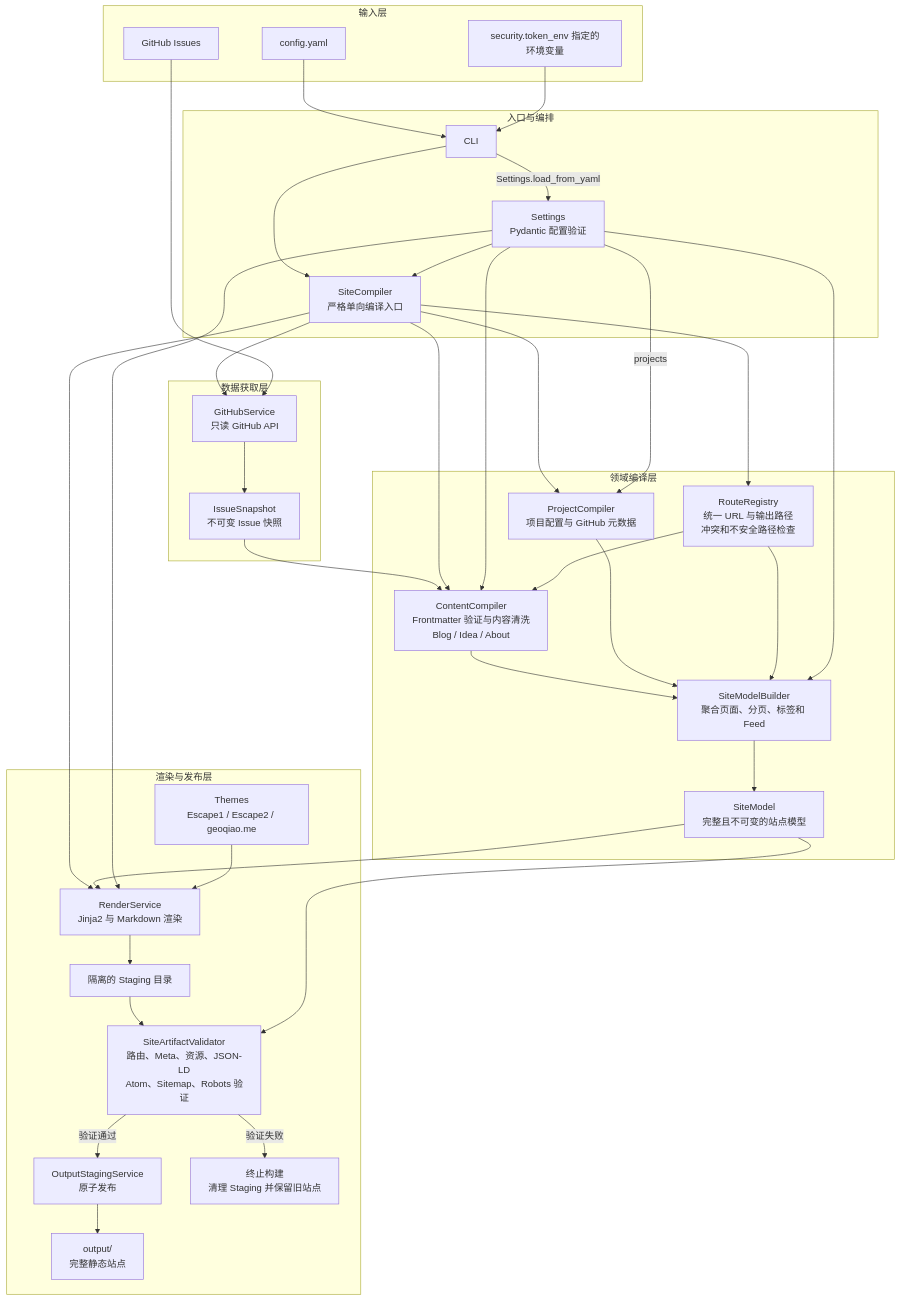
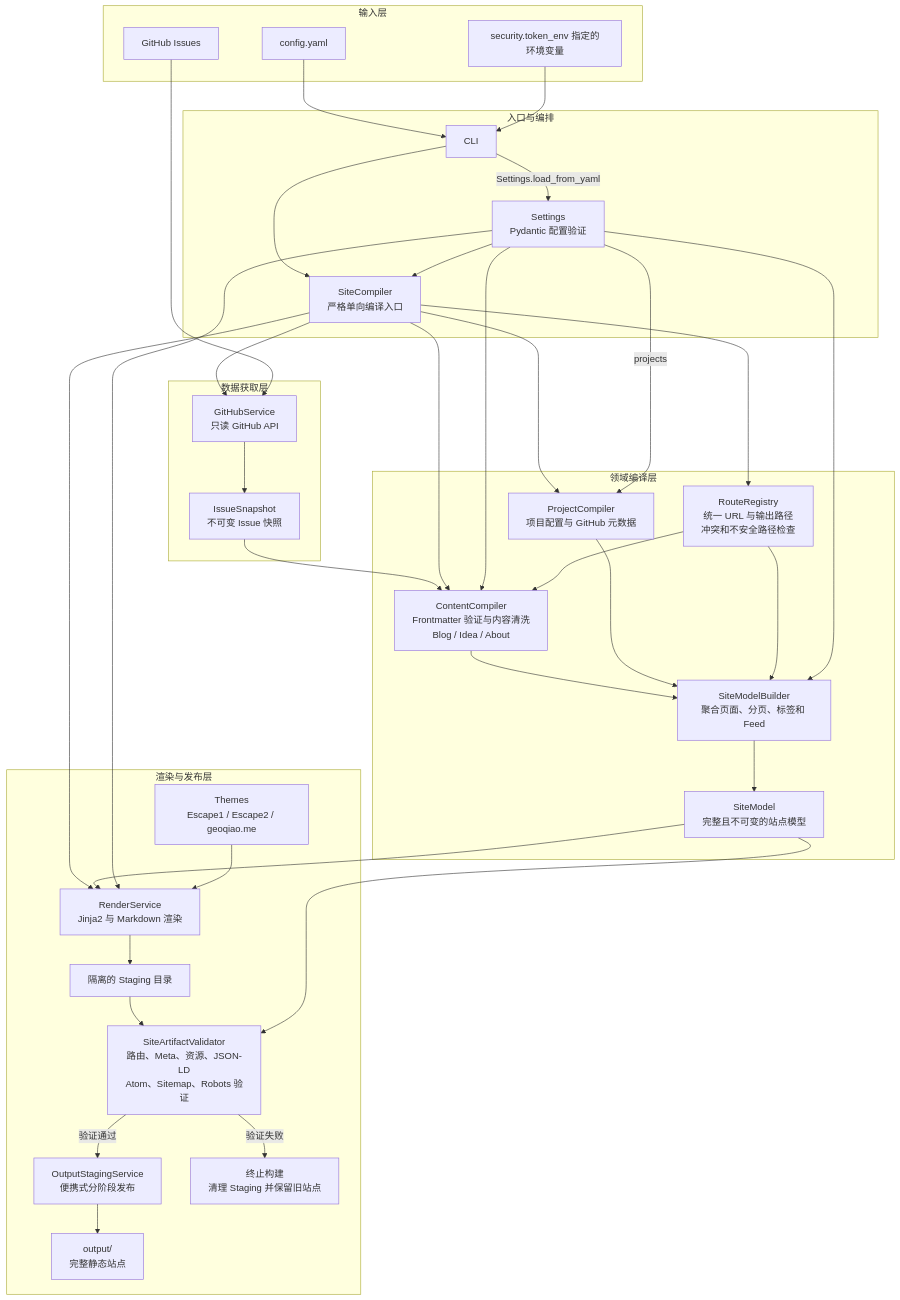
Before and after one commit to geoqiao/escaping: the first of 3 diagrams in docs/dual-repo-architecture.md, drawn with Mermaid. The commit also changed other lines of this file and 130 other files, not shown here.

````diff
--- a/docs/dual-repo-architecture.md
+++ b/docs/dual-repo-architecture.md
@@ -17,71 +17,71 @@
 ```mermaid
 flowchart TD
     subgraph Inputs["输入层"]
         Config["config.yaml"]
         Token["security.token_env 指定的环境变量"]
         Issues["GitHub Issues"]
     end
 
     subgraph Entry["入口与编排"]
         CLI["CLI"]
         Settings["Settings<br/>Pydantic 配置验证"]
         SiteCompiler["SiteCompiler<br/>严格单向编译入口"]
     end
 
     subgraph Acquisition["数据获取层"]
         GitHubService["GitHubService<br/>只读 GitHub API"]
         Snapshots["IssueSnapshot<br/>不可变 Issue 快照"]
     end
 
     subgraph Compilation["领域编译层"]
         ContentCompiler["ContentCompiler<br/>Frontmatter 验证与内容清洗<br/>Blog / Idea / About"]
         ProjectCompiler["ProjectCompiler<br/>项目配置与 GitHub 元数据"]
         RouteRegistry["RouteRegistry<br/>统一 URL 与输出路径<br/>冲突和不安全路径检查"]
         SiteModelBuilder["SiteModelBuilder<br/>聚合页面、分页、标签和 Feed"]
         SiteModel["SiteModel<br/>完整且不可变的站点模型"]
     end
 
     subgraph Rendering["渲染与发布层"]
         RenderService["RenderService<br/>Jinja2 与 Markdown 渲染"]
         Themes["Themes<br/>Escape1 / Escape2 / geoqiao.me"]
         Staging["隔离的 Staging 目录"]
         Validator["SiteArtifactValidator<br/>路由、Meta、资源、JSON-LD<br/>Atom、Sitemap、Robots 验证"]
-        Publisher["OutputStagingService<br/>原子发布"]
+        Publisher["OutputStagingService<br/>便携式分阶段发布"]
         Output["output/<br/>完整静态站点"]
         Failed["终止构建<br/>清理 Staging 并保留旧站点"]
     end
 
     Config --> CLI
     CLI -->|"Settings.load_from_yaml"| Settings
     Token --> CLI
     CLI --> SiteCompiler
     Settings --> SiteCompiler
 
     SiteCompiler --> GitHubService
     Issues --> GitHubService
     GitHubService --> Snapshots
     Snapshots --> ContentCompiler
 
     SiteCompiler --> ContentCompiler
     Settings --> ContentCompiler
     SiteCompiler --> ProjectCompiler
     Settings -->|"projects"| ProjectCompiler
     SiteCompiler --> RouteRegistry
     RouteRegistry --> ContentCompiler
     ContentCompiler --> SiteModelBuilder
     ProjectCompiler --> SiteModelBuilder
     RouteRegistry --> SiteModelBuilder
     Settings --> SiteModelBuilder
     SiteModelBuilder --> SiteModel
 
     SiteCompiler --> RenderService
     SiteModel --> RenderService
     Settings --> RenderService
     Themes --> RenderService
     RenderService --> Staging
     Staging --> Validator
     SiteModel --> Validator
     Validator -->|"验证通过"| Publisher
     Validator -->|"验证失败"| Failed
     Publisher --> Output
 ```
````
